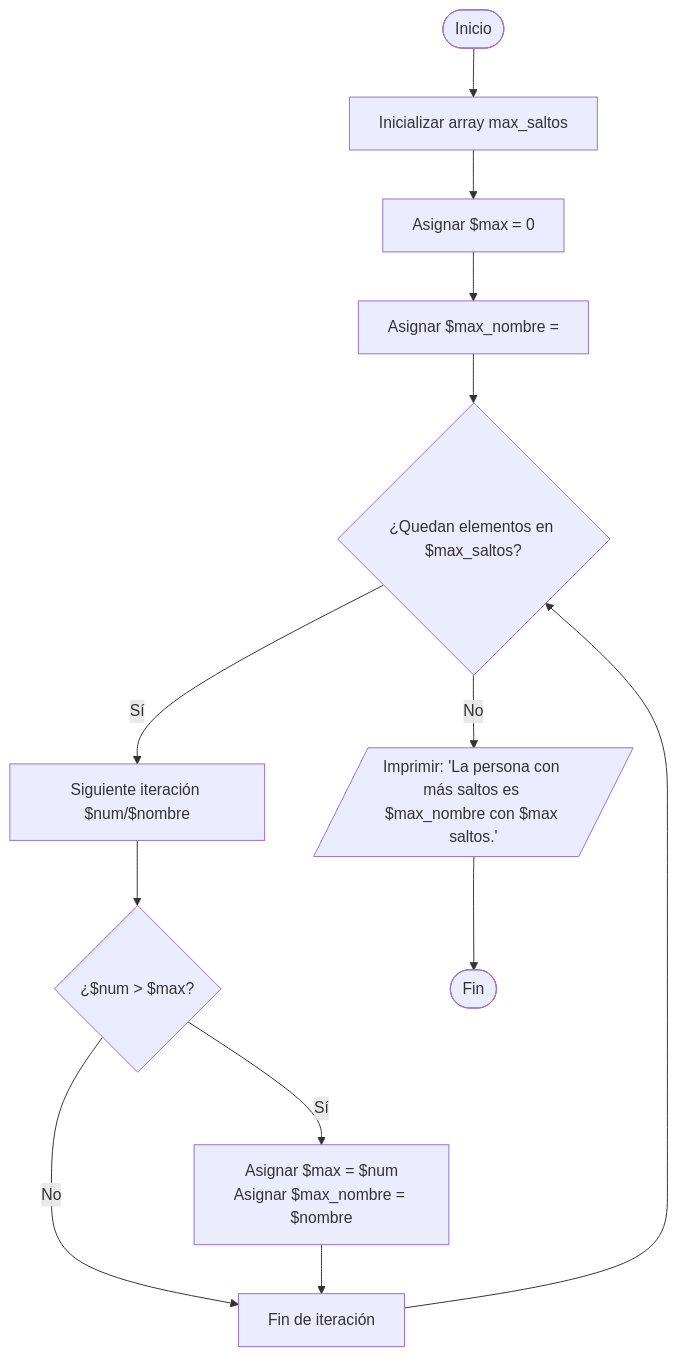
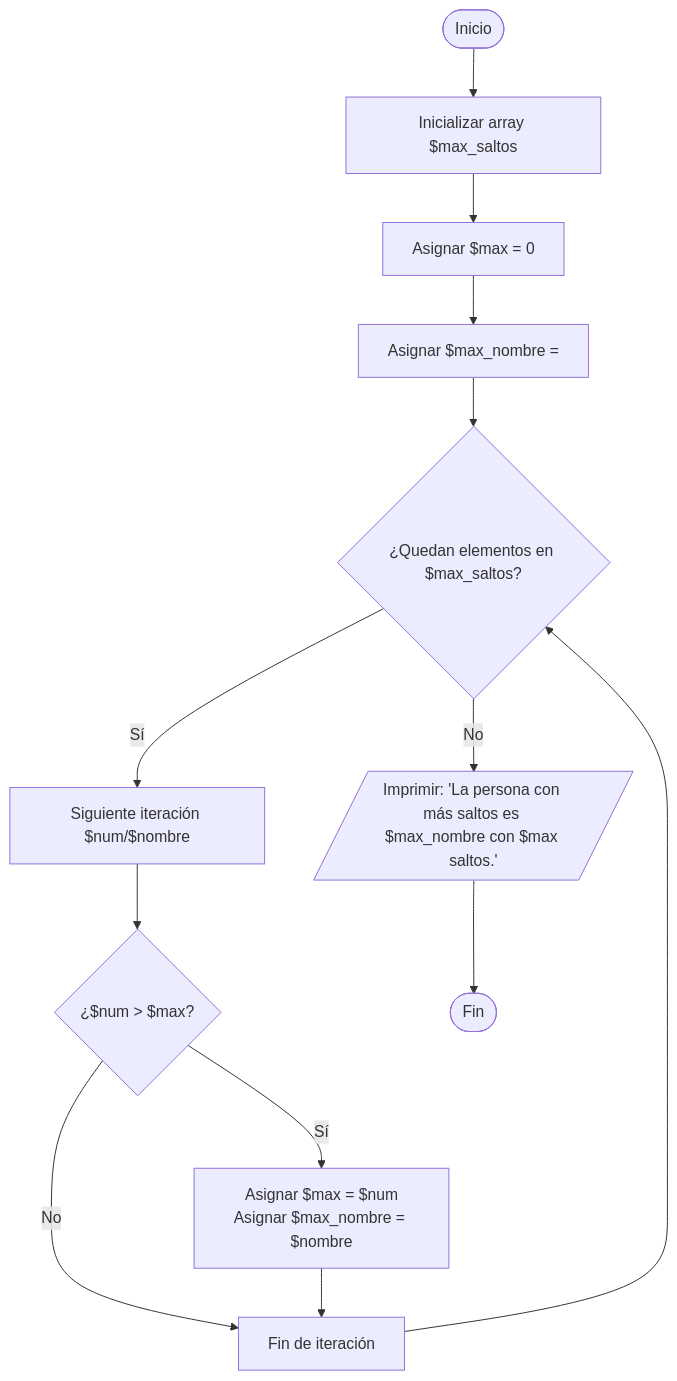
The diagram in pruebas/1ev_examen_RA1_RA2.md (glopezca/ASIR1-PRD), drawn with Mermaid before and after one commit. The commit also changed 1 other file, not shown here.

Commit message:
Erratas corregidas

````diff
--- a/pruebas/1ev_examen_RA1_RA2.md
+++ b/pruebas/1ev_examen_RA1_RA2.md
@@ -230,15 +230,15 @@
 ```mermaid
 flowchart TB
-    A(["Inicio"]) --> B["Inicializar array max_saltos"]
+    A(["Inicio"]) --> B["Inicializar array $max_saltos"]
     B --> C["Asignar $max = 0"]
     C --> D["Asignar $max_nombre ="]
     D --> E{"¿Quedan elementos en $max_saltos?"}
     E -- Sí --> F["Siguiente iteración $num/$nombre"]
     F --> G{"¿$num > $max?"}
     G -- Sí --> H["Asignar $max = $num<br>Asignar $max_nombre = $nombre"]
     G -- No --> I["Fin de iteración"]
     H --> I
     I --> E
     E -- No --> J[/"Imprimir: 'La persona con más saltos es $max_nombre con $max saltos.'"/]
     J --> K(["Fin"])
 ```
````
